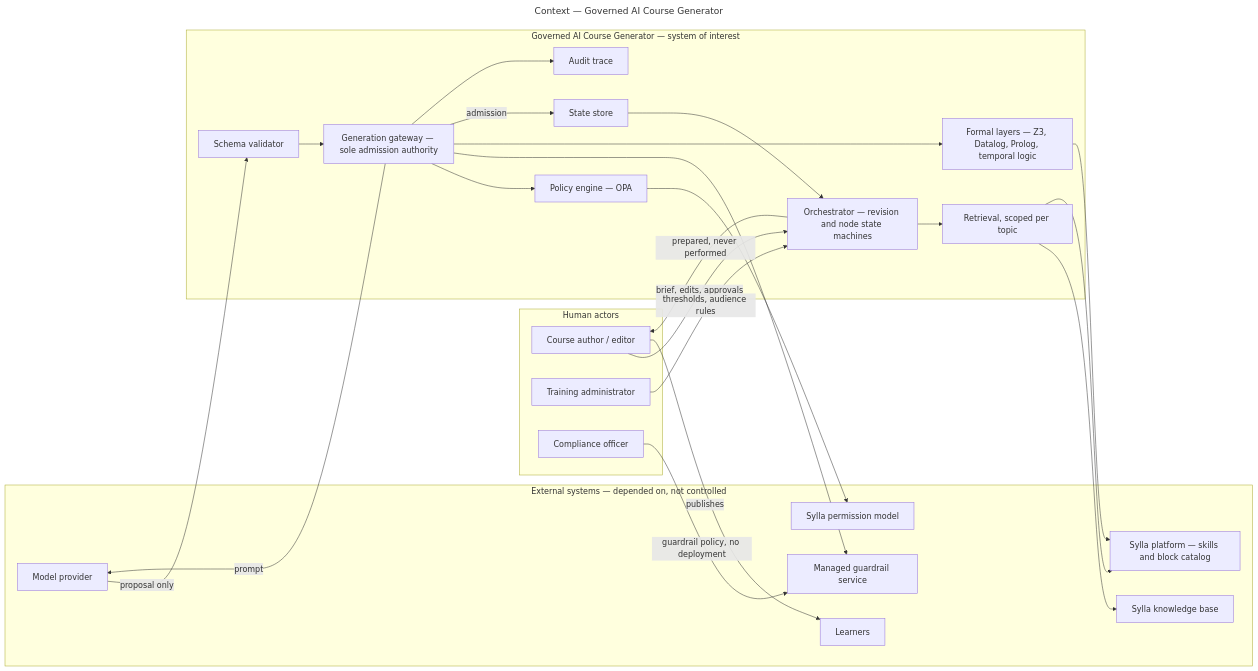
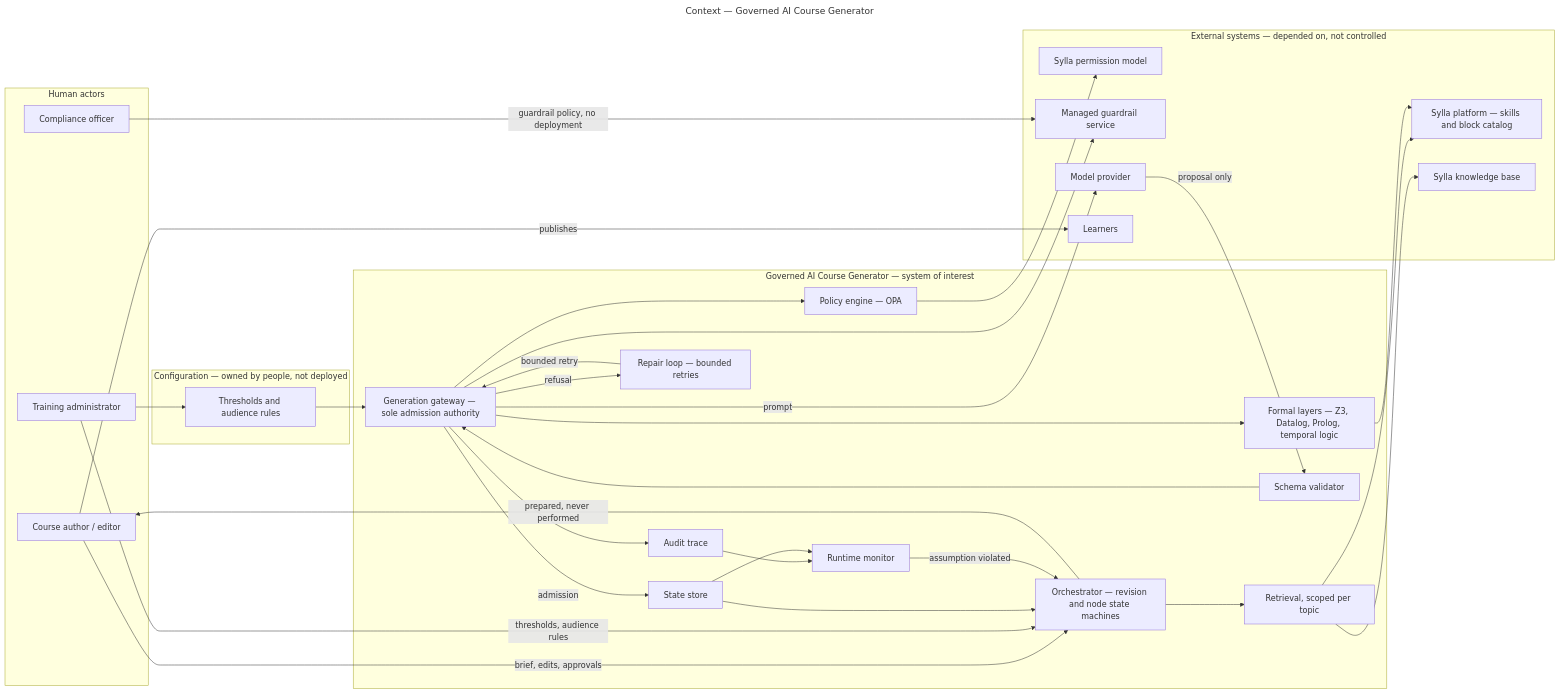
The third of 3 diagrams in model/diagrams.md (Magru/governed-ai-course-generator), drawn with Mermaid before and after one commit. The commit also changed 9 other files, not shown here.

````diff
--- a/model/diagrams.md
+++ b/model/diagrams.md
@@ -122,58 +122,71 @@
 ```mermaid
 ---
 title: Context — Governed AI Course Generator
 ---
 %% The boundary separates what we control from what we depend on. The model
 %% provider sits OUTSIDE it and produces a proposal only; there is no path from
 %% the model to course state that does not cross the generation gateway, which is
 %% the single admission point and the only holder of platform credentials.
 flowchart LR
   subgraph HUMANS["Human actors"]
     EDITOR["Course author / editor"]
     ADMIN["Training administrator"]
     COMPLIANCE["Compliance officer"]
+  end
+
+  subgraph CONFIG["Configuration — owned by people, not deployed"]
+    THRESH["Thresholds and audience rules"]
   end
 
   subgraph EXTERNAL["External systems — depended on, not controlled"]
     CATALOG["Sylla platform — skills and block catalog"]
     KB["Sylla knowledge base"]
     PERMS["Sylla permission model"]
     GUARD["Managed guardrail service"]
     MODEL["Model provider"]
     LEARNERS["Learners"]
   end
 
   subgraph SYS["Governed AI Course Generator — system of interest"]
     ORCH["Orchestrator — revision and node state machines"]
     RET["Retrieval, scoped per topic"]
     SCHEMA["Schema validator"]
     OPA["Policy engine — OPA"]
     FORMAL["Formal layers — Z3, Datalog, Prolog, temporal logic"]
     GW["Generation gateway — sole admission authority"]
     STORE["State store"]
     AUDIT["Audit trace"]
+    MON["Runtime monitor"]
+    REPAIR["Repair loop — bounded retries"]
   end
 
   EDITOR -->|brief, edits, approvals| ORCH
   ADMIN -->|thresholds, audience rules| ORCH
   COMPLIANCE -->|guardrail policy, no deployment| GUARD
 
   ORCH --> RET
   RET --> KB
   RET --> CATALOG
 
   GW -->|prompt| MODEL
   MODEL -->|proposal only| SCHEMA
   SCHEMA --> GW
   GW --> OPA
   OPA --> PERMS
   GW --> GUARD
   GW --> FORMAL
   FORMAL --> CATALOG
 
   GW -->|admission| STORE
   STORE --> ORCH
   GW --> AUDIT
+  GW -->|refusal| REPAIR
+  REPAIR -->|bounded retry| GW
+  AUDIT --> MON
+  STORE --> MON
+  MON -->|assumption violated| ORCH
+  ADMIN --> THRESH
+  THRESH --> GW
   ORCH -->|prepared, never performed| EDITOR
   EDITOR -->|publishes| LEARNERS
 ```
````
